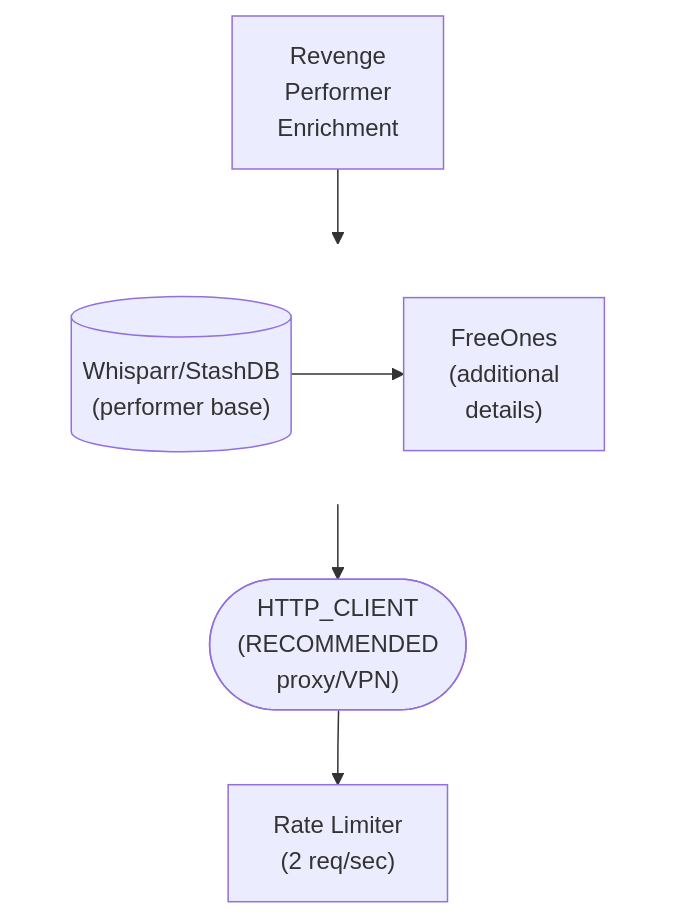
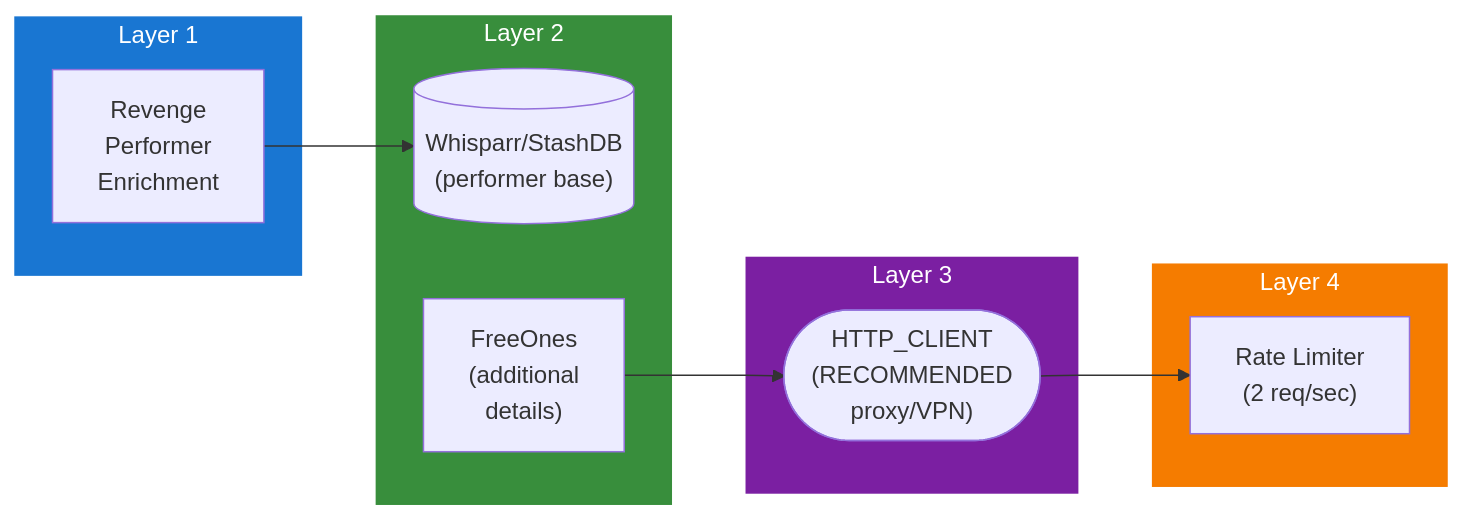
One commit to lusoris/revenge changed the diagram in docs/dev/design/integrations/metadata/adult/FREEONES.md. Above: the diagram before and after it, drawn with Mermaid. The commit also changed 215 other files, not shown here.

First line of the commit message:
feat(diagrams): convert all ASCII diagrams to Mermaid with LR subgraphs

````diff
--- a/docs/dev/design/integrations/metadata/adult/FREEONES.md
+++ b/docs/dev/design/integrations/metadata/adult/FREEONES.md
@@ -60,18 +60,30 @@
 ```mermaid
-flowchart TD
-    node1["Revenge<br/>Performer<br/>Enrichment"]
-    subgraph row1[ ]
-        direction LR
+flowchart LR
+    subgraph Layer1["Layer 1"]
+        node1["Revenge<br/>Performer<br/>Enrichment"]
+    end
+
+    subgraph Layer2["Layer 2"]
         node2[("Whisparr/StashDB<br/>(performer base)")]
         node3["FreeOnes<br/>(additional<br/>details)"]
     end
-    node4(["HTTP_CLIENT<br/>(RECOMMENDED<br/>proxy/VPN)"])
-    node5["Rate Limiter<br/>(2 req/sec)"]
-    node2 --> node3
+
+    subgraph Layer3["Layer 3"]
+        node4(["HTTP_CLIENT<br/>(RECOMMENDED<br/>proxy/VPN)"])
+    end
+
+    subgraph Layer4["Layer 4"]
+        node5["Rate Limiter<br/>(2 req/sec)"]
+    end
+
+    %% Connections
     node1 --> node2
     node3 --> node4
     node4 --> node5
 
-    %% Hide row subgraph borders
-    style row1 fill:transparent,stroke:transparent
+    %% Styling
+    style Layer1 fill:#1976D2,stroke:#1976D2,color:#fff
+    style Layer2 fill:#388E3C,stroke:#388E3C,color:#fff
+    style Layer3 fill:#7B1FA2,stroke:#7B1FA2,color:#fff
+    style Layer4 fill:#F57C00,stroke:#F57C00,color:#fff
 ```
````
